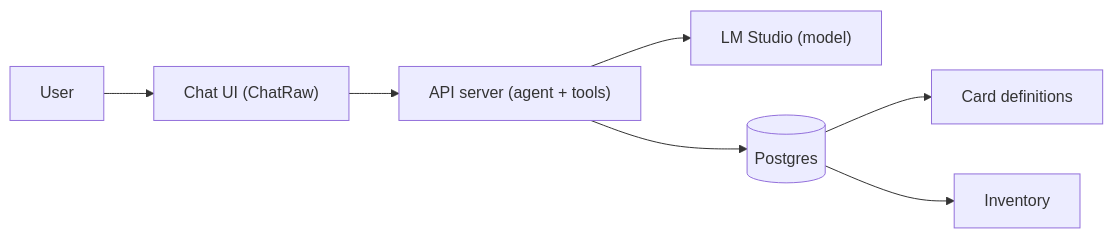
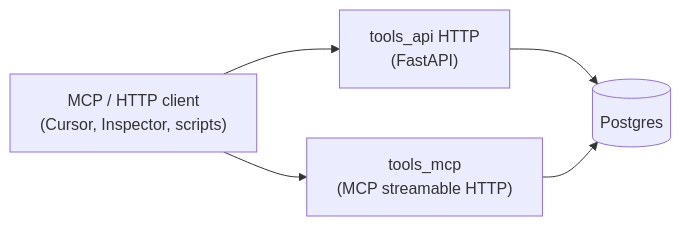
One commit to mdm373/magic-boto changed the diagram in docs/PROJECT-PLAN.md. Above: the diagram before and after it, drawn with Mermaid. The commit also changed other lines of this file and 94 other files, not shown here.

Commit message:
we are just an mcp server now

````diff
--- a/docs/PROJECT-PLAN.md
+++ b/docs/PROJECT-PLAN.md
@@ -22,9 +24,8 @@
 ```mermaid
 flowchart LR
-  User --> ChatUI["Chat UI (ChatRaw)"]
-  ChatUI --> API["API server (agent + tools)"]
-  API --> LMStudio["LM Studio (model)"]
-  API --> Postgres[(Postgres)]
-  Postgres --> CardDefs[Card definitions]
-  Postgres --> Inventory[Inventory]
+  Client["MCP / HTTP client\n(Cursor, Inspector, scripts)"]
+  Client --> HTTP["tools_api HTTP\n(FastAPI)"]
+  Client --> MCP["tools_mcp\n(MCP streamable HTTP)"]
+  HTTP --> Postgres[(Postgres)]
+  MCP --> Postgres[(Postgres)]
 ```
````
